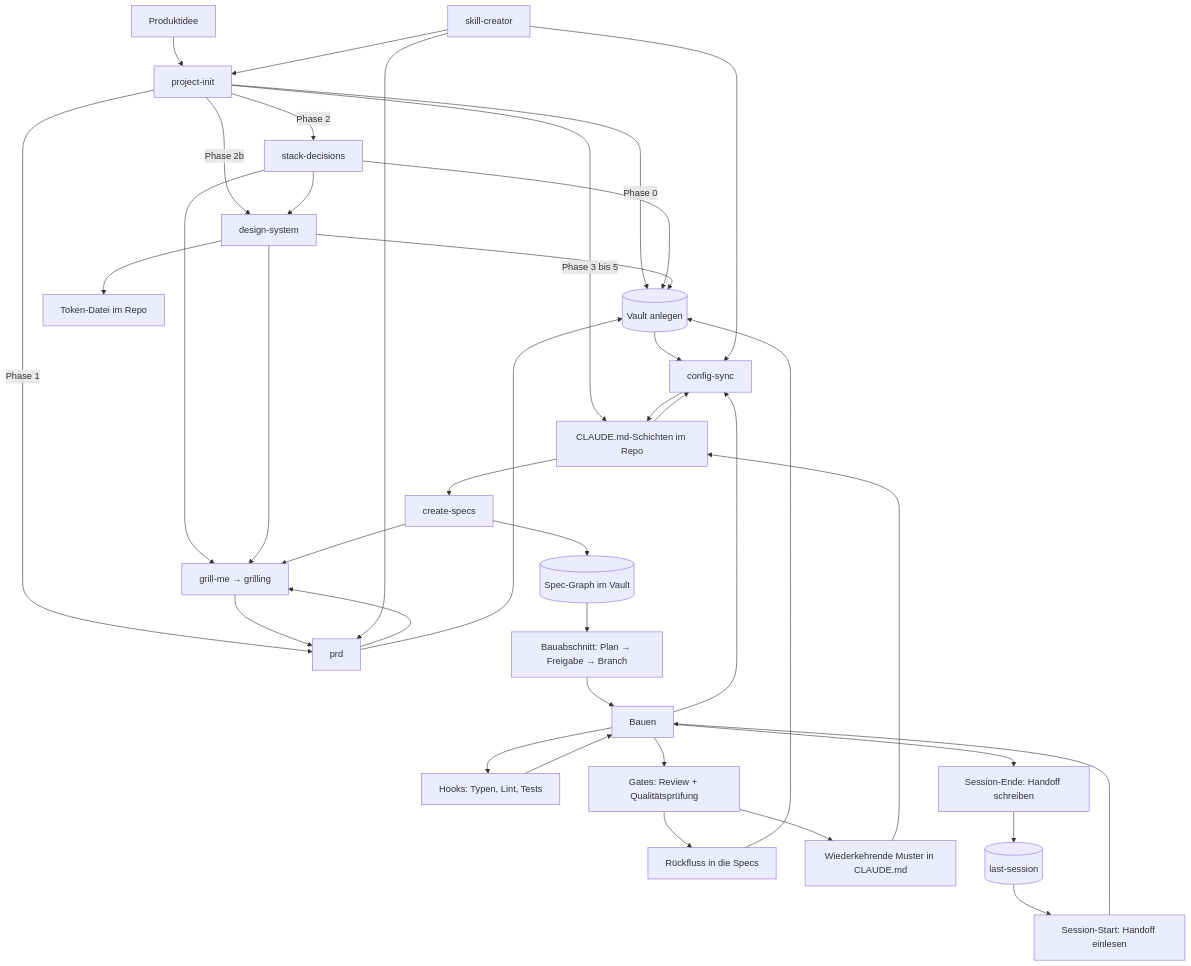
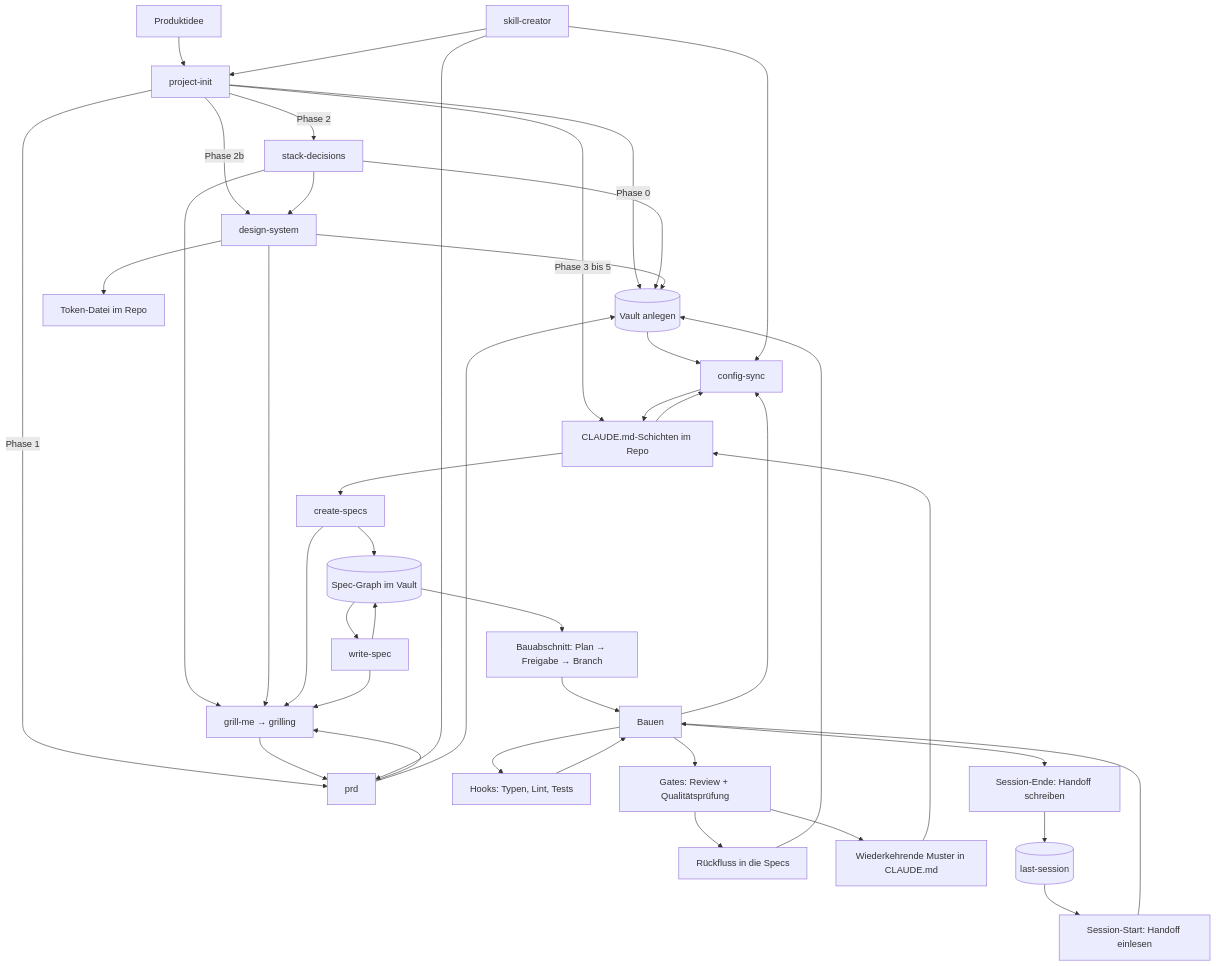
Before and after one commit to mxrius1706/Ai-Coding-Framework: the diagram in LOOP.md, drawn with Mermaid. The commit also changed other lines of this file and 2 other files, not shown here.

First line of the commit message:
feat(skills): write-spec ergaenzen

````diff
--- a/LOOP.md
+++ b/LOOP.md
@@ -25,45 +25,48 @@
 ```mermaid
 flowchart TD
     A[Produktidee] --> E[project-init]
     E -->|Phase 0| D[(Vault anlegen)]
     E -->|Phase 1| B[prd]
     B --> C[grill-me → grilling]
     C --> B
     B --> D
     E -->|Phase 2| S[stack-decisions]
     S --> C
     S --> D
     E -->|Phase 2b| DS[design-system]
     S --> DS
     DS --> C
     DS --> D
     DS --> TK[Token-Datei im Repo]
     E -->|Phase 3 bis 5| F[CLAUDE.md-Schichten im Repo]
 
     F --> CS[create-specs]
     CS --> C
     CS --> SP[(Spec-Graph im Vault)]
+    SP --> WS[write-spec]
+    WS --> C
+    WS --> SP
     SP --> G[Bauabschnitt: Plan → Freigabe → Branch]
     G --> H[Bauen]
     H --> I[Hooks: Typen, Lint, Tests]
     I --> H
     H --> J[Gates: Review + Qualitätsprüfung]
     J --> K[Rückfluss in die Specs]
     K --> D
     J --> L[Wiederkehrende Muster in CLAUDE.md]
     L --> F
 
     F --> M[config-sync]
     M --> F
     D --> M
     H --> M
 
     N[Session-Ende: Handoff schreiben] --> O[(last-session)]
     O --> P[Session-Start: Handoff einlesen]
     P --> H
     H --> N
 
     Q[skill-creator] --> B
     Q --> E
     Q --> M
 ```
````
